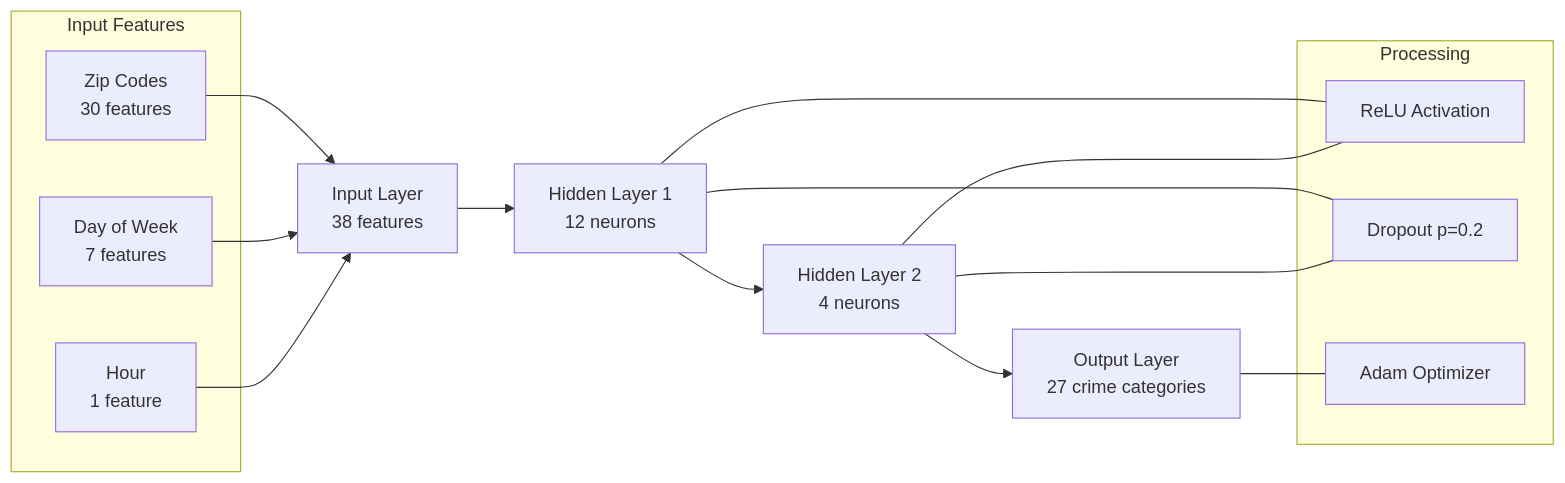
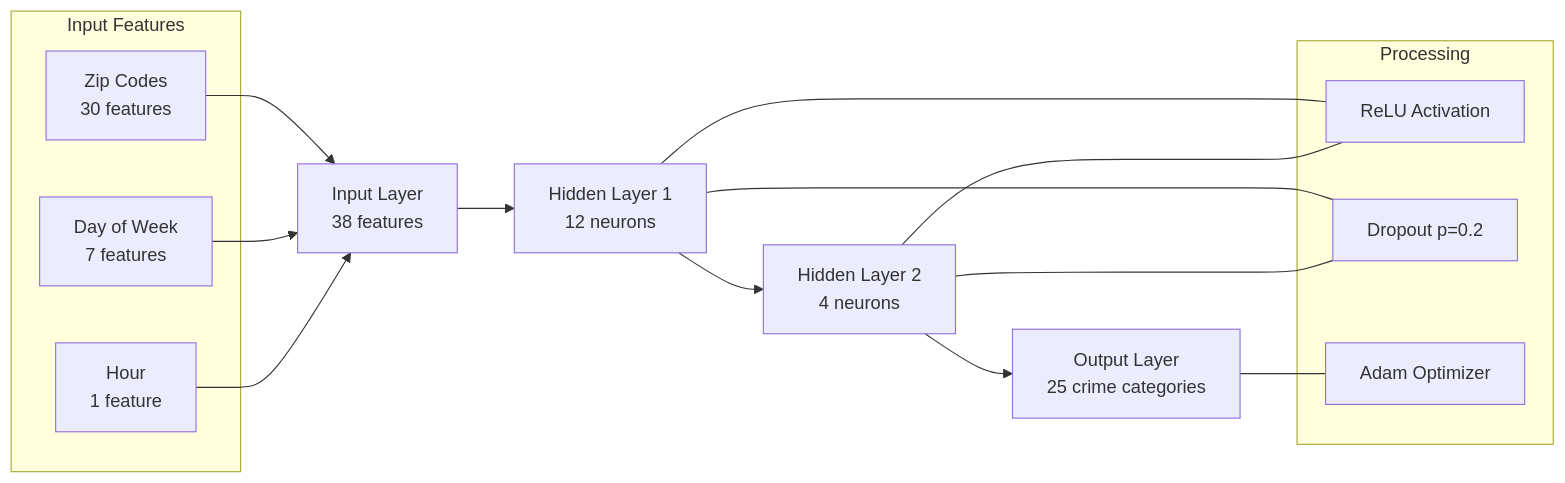
Before and after one commit to WasifSohail5/Crime-Prediction: the first of 2 diagrams in README.md, drawn with Mermaid. The commit also changed other lines of this file, not shown here.

````diff
--- a/README.md
+++ b/README.md
@@ -71,28 +71,28 @@
 ```mermaid
 graph LR
     A[Input Layer<br>38 features] --> B[Hidden Layer 1<br>12 neurons]
     B --> C[Hidden Layer 2<br>4 neurons]
-    C --> D[Output Layer<br>27 crime categories]
+    C --> D[Output Layer<br>25 crime categories]
     
     subgraph Input Features
         E[Zip Codes<br>30 features]
         F[Day of Week<br>7 features]
         G[Hour<br>1 feature]
     end
     
     E --> A
     F --> A
     G --> A
     
     subgraph Processing
         H[ReLU Activation]
         I[Dropout p=0.2]
         J[Adam Optimizer]
     end
     
     B --- H
     C --- H
     B --- I
     C --- I
     D --- J
 ```
````
